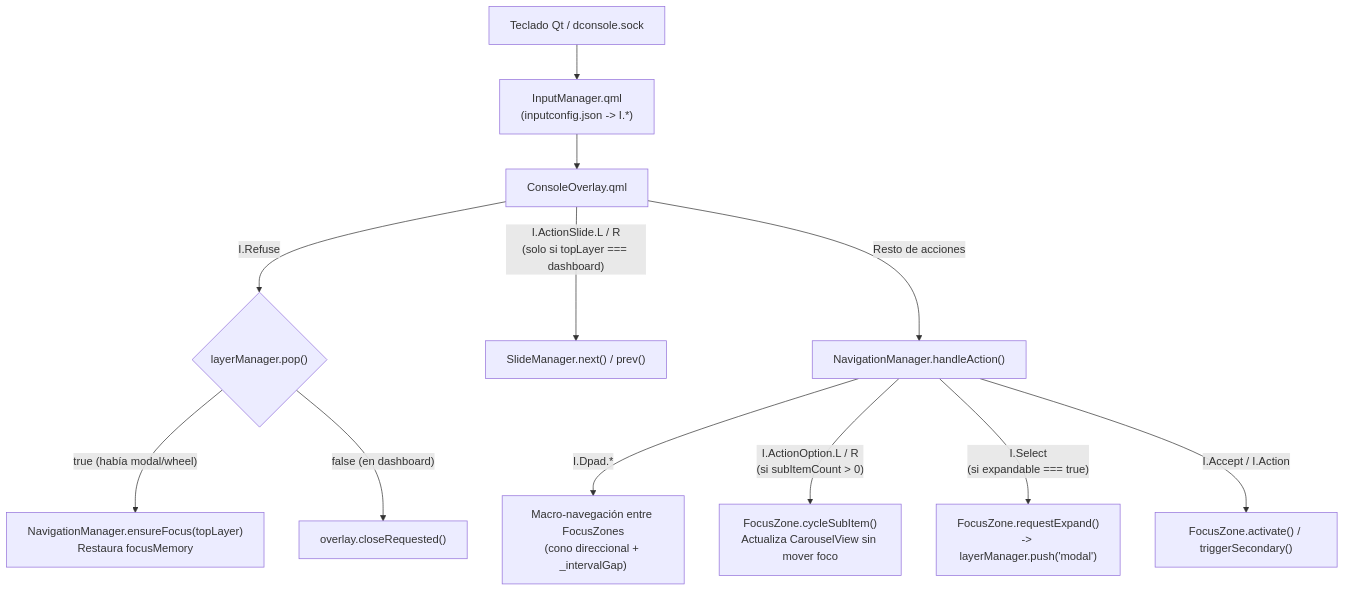
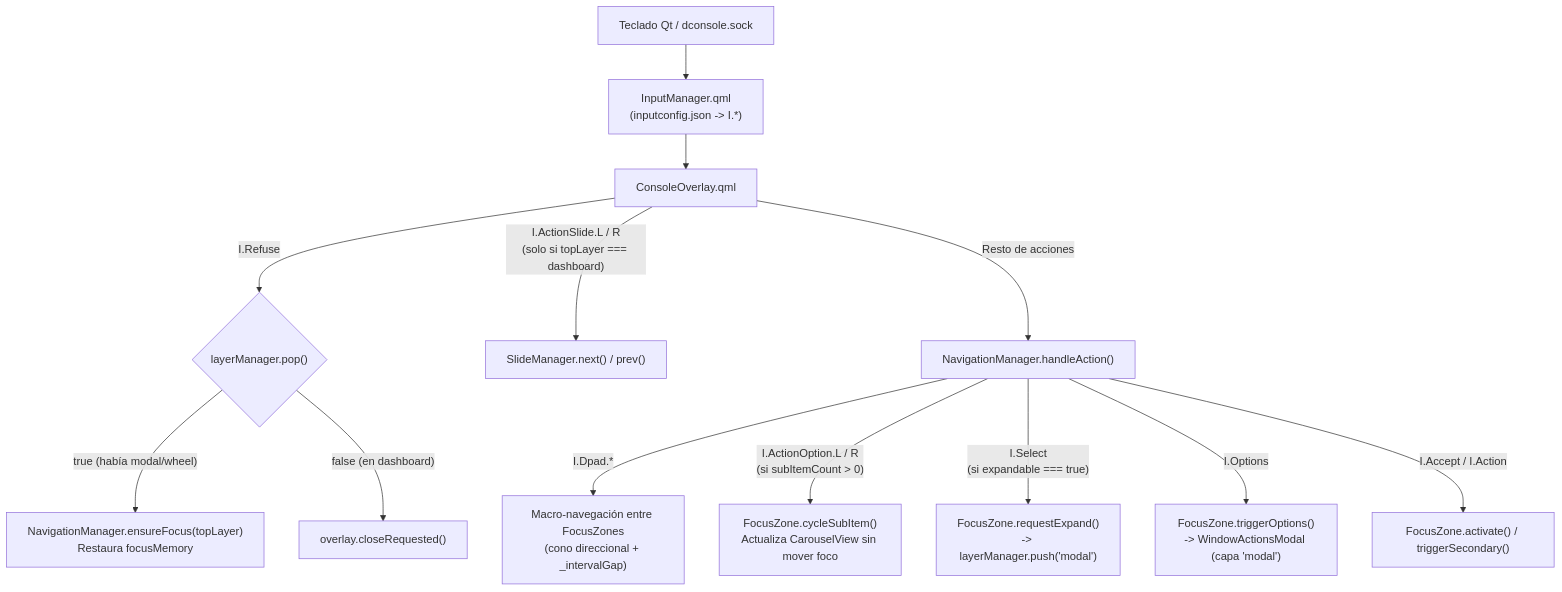
One commit to JessVolet/DuxConsole changed the second of 2 diagrams in docs/FLOW.md. Above: the diagram before and after it, drawn with Mermaid. The commit also changed 14 other files, not shown here.

Commit message:
feat(DuxConsole): add Niri IPC WindowManager, WindowCarousel, and WindowActionsModal

````diff
--- a/docs/FLOW.md
+++ b/docs/FLOW.md
@@ -45,17 +45,18 @@
 ```mermaid
 flowchart TD
     IN["Teclado Qt / dconsole.sock"] --> IM["InputManager.qml<br/>(inputconfig.json -> I.*)"]
     IM --> CO["ConsoleOverlay.qml"]
 
     CO -->|"I.Refuse"| POP{"layerManager.pop()"}
     POP -->|"true (había modal/wheel)"| RESTORE["NavigationManager.ensureFocus(topLayer)<br/>Restaura focusMemory"]
     POP -->|"false (en dashboard)"| CLOSE["overlay.closeRequested()"]
 
     CO -->|"I.ActionSlide.L / R<br/>(solo si topLayer === dashboard)"| SLIDE["SlideManager.next() / prev()"]
 
     CO -->|"Resto de acciones"| NM["NavigationManager.handleAction()"]
     NM -->|"I.Dpad.*"| MACRO["Macro-navegación entre FocusZones<br/>(cono direccional + _intervalGap)"]
     NM -->|"I.ActionOption.L / R<br/>(si subItemCount > 0)"| MICRO["FocusZone.cycleSubItem()<br/>Actualiza CarouselView sin mover foco"]
     NM -->|"I.Select<br/>(si expandable === true)"| EXP["FocusZone.requestExpand()<br/>-> layerManager.push('modal')"]
+    NM -->|"I.Options"| OPT["FocusZone.triggerOptions()<br/>-> WindowActionsModal (capa 'modal')"]
     NM -->|"I.Accept / I.Action"| ACT["FocusZone.activate() / triggerSecondary()"]
 ```
````
